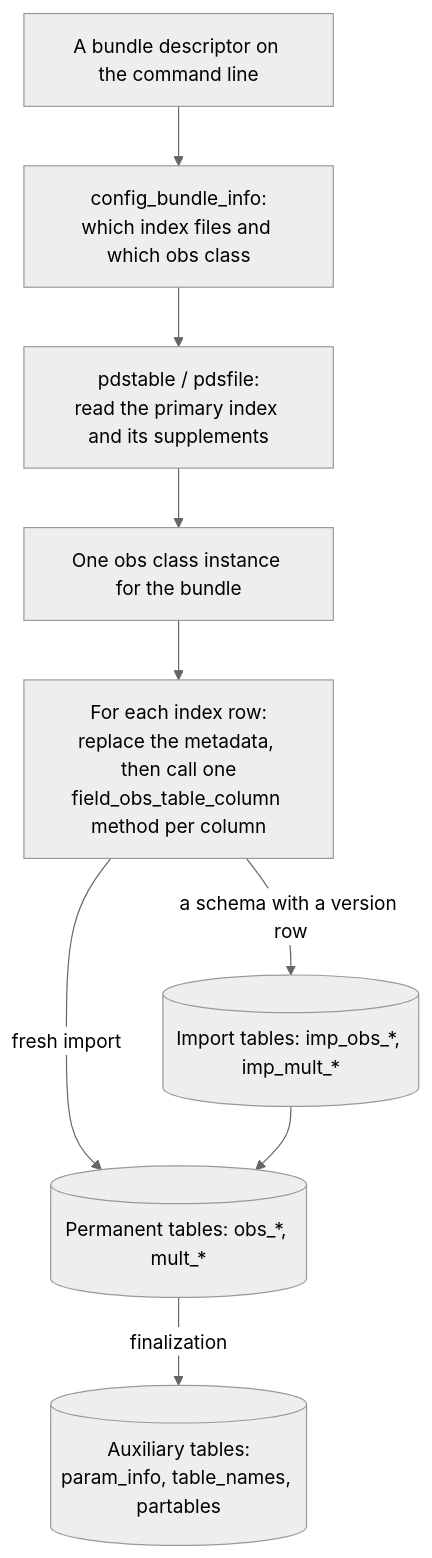
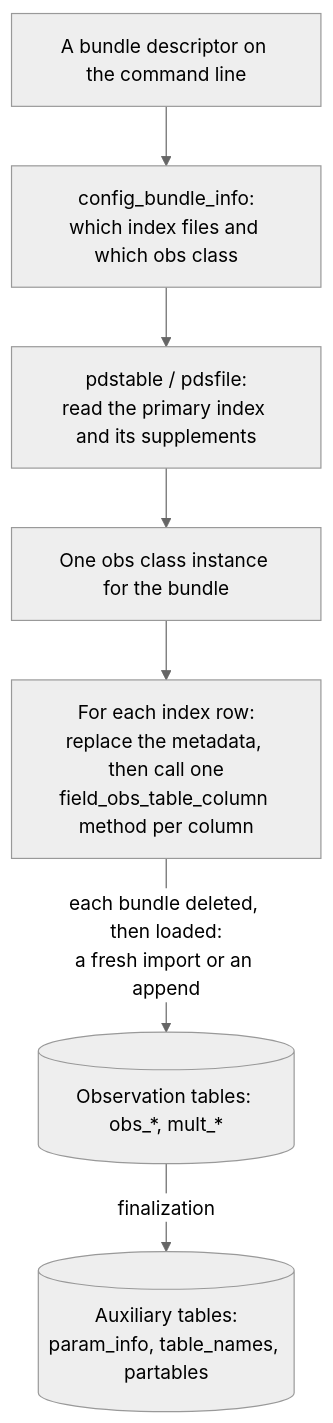
Before and after one commit to SETI/rms-opus: the second of 3 diagrams in docs/dev_guide_architecture.rst, drawn with Mermaid (neutral theme). The commit also changed other lines of this file and 96 other files, not shown here.

```diff
--- a/docs/dev_guide_architecture.rst
+++ b/docs/dev_guide_architecture.rst
@@ -42,12 +42,10 @@
 .. mermaid::
     :zoom:
 
     flowchart TD
         A[A bundle descriptor on the command line] --> B[config_bundle_info:<br/>which index files and which obs class]
         B --> C[pdstable / pdsfile:<br/>read the primary index and its supplements]
         C --> D[One obs class instance for the bundle]
         D --> E[For each index row:<br/>replace the metadata, then call one<br/>field_obs_table_column method per column]
-        E -->|fresh import| G[(Permanent tables: obs_*, mult_*)]
-        E -->|a schema with a version row| F[(Import tables: imp_obs_*, imp_mult_*)]
-        F --> G
+        E -->|each bundle deleted, then loaded:<br/>a fresh import or an append| G[(Observation tables: obs_*, mult_*)]
         G -->|finalization| H[(Auxiliary tables:<br/>param_info, table_names, partables)]
```
